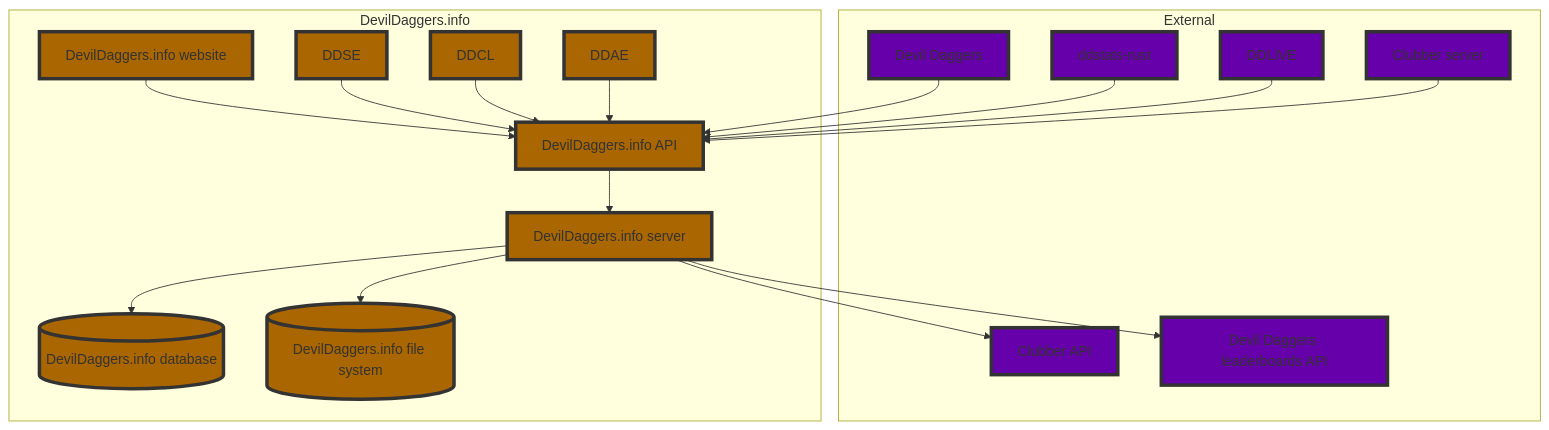
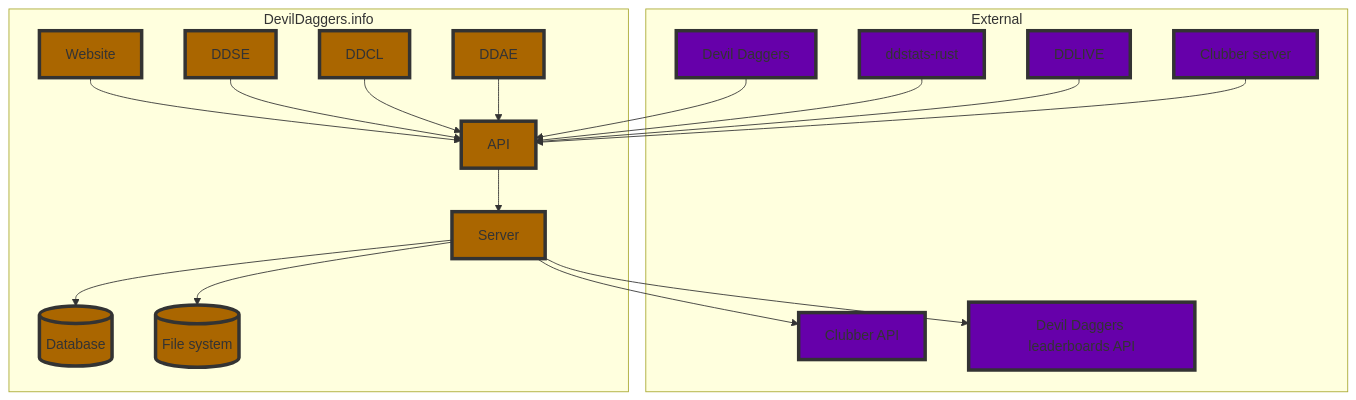
One commit to NoahStolk/ddinfo-web changed the second of 2 diagrams in docs/architecture.md. Above: the diagram before and after it, drawn with Mermaid. The commit also changed other lines of this file, not shown here.

````diff
--- a/docs/architecture.md
+++ b/docs/architecture.md
@@ -107,52 +107,52 @@
 ```mermaid
 flowchart TD;
-    database[(DevilDaggers.info database)]
-    filesystem[(DevilDaggers.info file system)]
-    server[DevilDaggers.info server]
-    api[DevilDaggers.info API]
-	devildaggersinfo[DevilDaggers.info website]
-    devildaggers[Devil Daggers]
-    ddse[DDSE]
-    ddcl[DDCL]
-    ddae[DDAE]
-    ddstatsrust[ddstats-rust]
-    ddlive[DDLIVE]
-    clubberserver[Clubber server]
-    clubberapi[Clubber API]
+	database[(Database)]
+	filesystem[(File system)]
+	server[Server]
+	api[API]
+	devildaggersinfo[Website]
+	devildaggers[Devil Daggers]
+	ddse[DDSE]
+	ddcl[DDCL]
+	ddae[DDAE]
+	ddstatsrust[ddstats-rust]
+	ddlive[DDLIVE]
+	clubberserver[Clubber server]
+	clubberapi[Clubber API]
 	devildaggersleaderboards[Devil Daggers leaderboards API]
 	
 	class database,filesystem,server,api,devildaggersinfo,ddse,ddcl,ddae ddinfo;
 	class devildaggers,ddstatsrust,ddlive,clubberserver,clubberapi,devildaggersleaderboards external;
-
-    classDef ddinfo fill:#a60,stroke:#333,stroke-width:4px;
-    classDef external fill:#60a,stroke:#333,stroke-width:4px;
 	
-    subgraph External
-        devildaggers
-        ddstatsrust
-        ddlive
-        clubberserver
-        clubberapi
-        devildaggersleaderboards
-    end
-
-    devildaggers --> api
-    ddstatsrust --> api
-    ddlive --> api
-    clubberserver --> api
-
-    server --> devildaggersleaderboards
-    server --> clubberapi
-    
-    subgraph DevilDaggers.info
-        server --> database
-        server --> filesystem
-
-        api --> server
-
-        devildaggersinfo --> api
-        ddse --> api
-        ddcl --> api
-        ddae --> api
-    end
+	classDef ddinfo fill:#a60,stroke:#333,stroke-width:4px;
+	classDef external fill:#60a,stroke:#333,stroke-width:4px;
+	
+	subgraph External
+		devildaggers
+		ddstatsrust
+		ddlive
+		clubberserver
+		clubberapi
+		devildaggersleaderboards
+	end
+	
+	devildaggers --> api
+	ddstatsrust --> api
+	ddlive --> api
+	clubberserver --> api
+	
+	server --> devildaggersleaderboards
+	server --> clubberapi
+	
+	subgraph DevilDaggers.info
+		server --> database
+		server --> filesystem
+		
+		api --> server
+		
+		devildaggersinfo --> api
+		ddse --> api
+		ddcl --> api
+		ddae --> api
+	end
 ```
````
